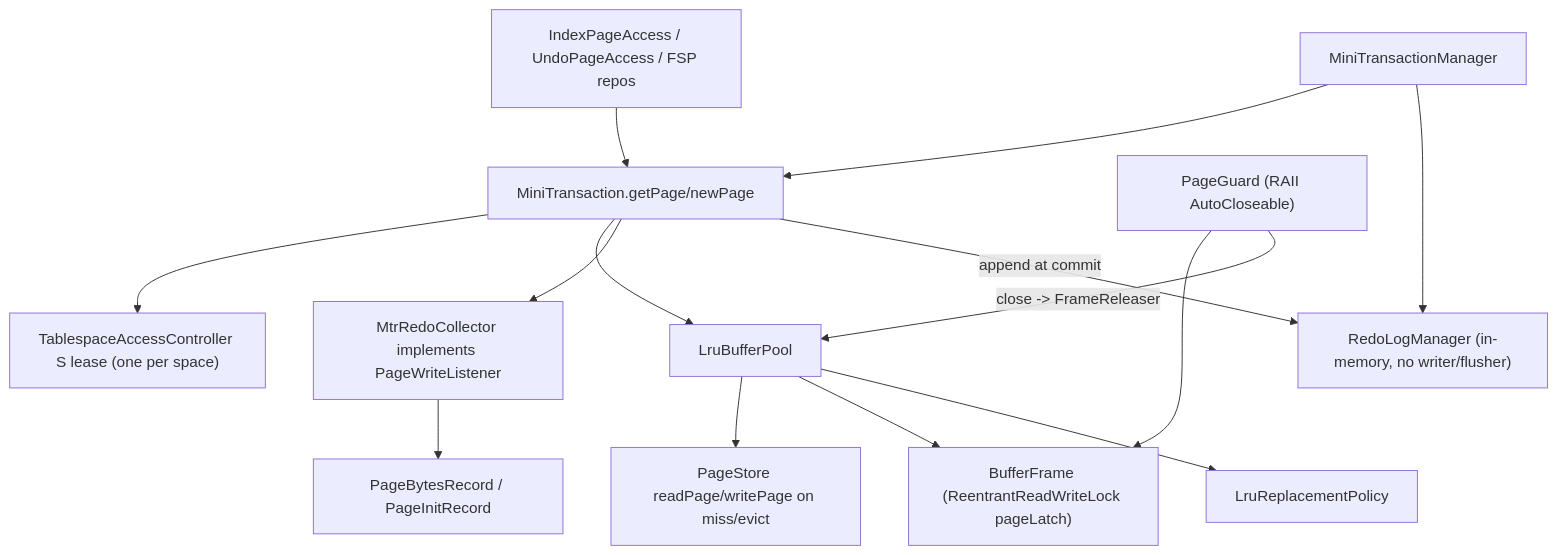
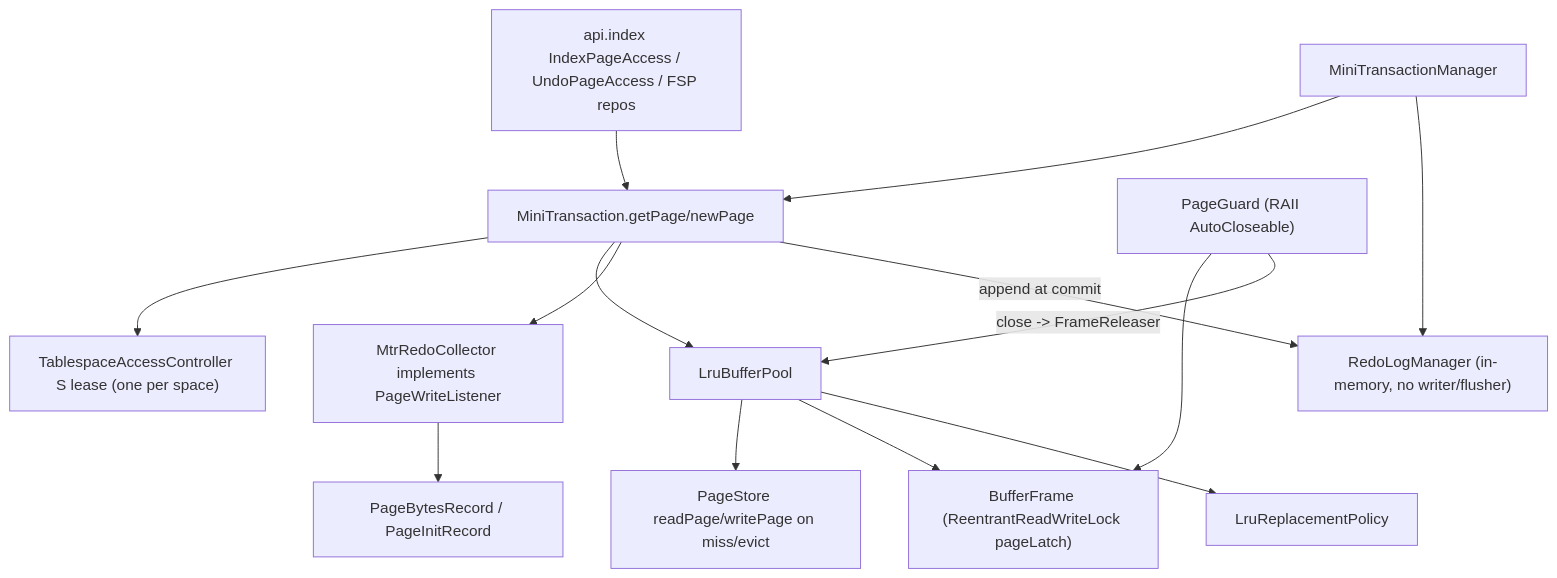
One commit to mywnlb/dbtest changed the second of 9 diagrams in docs/design/current-implementation-map.md. Above: the diagram before and after it, drawn with Mermaid. The commit also changed other lines of this file and 371 other files, not shown here.

````diff
--- a/docs/design/current-implementation-map.md
+++ b/docs/design/current-implementation-map.md
@@ -75,16 +86,16 @@
 ```mermaid
 flowchart TD
-  Caller["IndexPageAccess / UndoPageAccess / FSP repos"] --> Mtr["MiniTransaction.getPage/newPage"]
+  Caller["api.index IndexPageAccess / UndoPageAccess / FSP repos"] --> Mtr["MiniTransaction.getPage/newPage"]
   Mtr --> Access["TablespaceAccessController S lease (one per space)"]
   Mtr --> Pool["LruBufferPool"]
   Pool --> Store["PageStore readPage/writePage on miss/evict"]
   Pool --> Frame["BufferFrame (ReentrantReadWriteLock pageLatch)"]
   Pool --> Policy["LruReplacementPolicy"]
   Mtr --> Collector["MtrRedoCollector implements PageWriteListener"]
   Collector --> RedoRecords["PageBytesRecord / PageInitRecord"]
   Mgr["MiniTransactionManager"] --> Mtr
   Mgr --> RedoMgr["RedoLogManager (in-memory, no writer/flusher)"]
   Mtr -->|append at commit| RedoMgr
   Guard["PageGuard (RAII AutoCloseable)"] --> Frame
   Guard -->|close -> FrameReleaser| Pool
 ```
````
